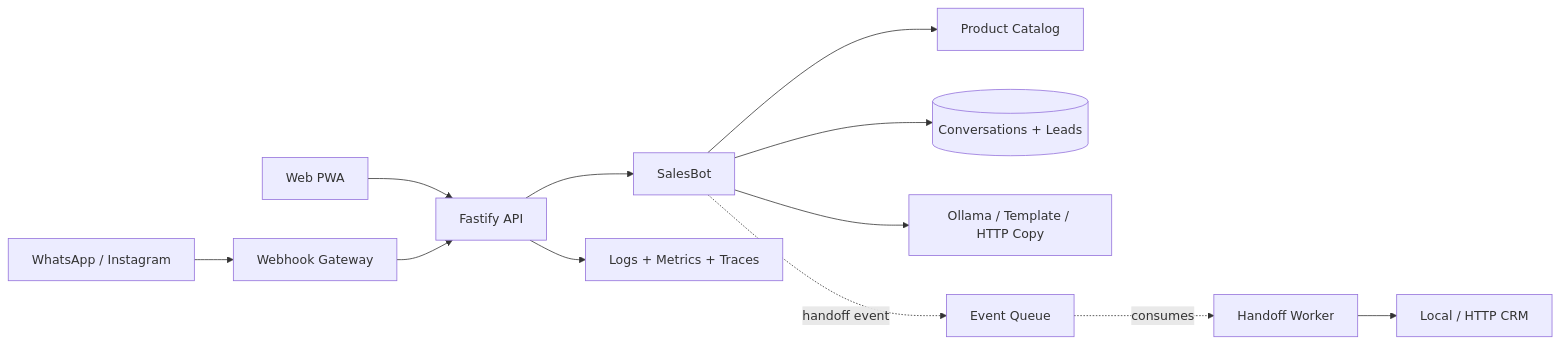
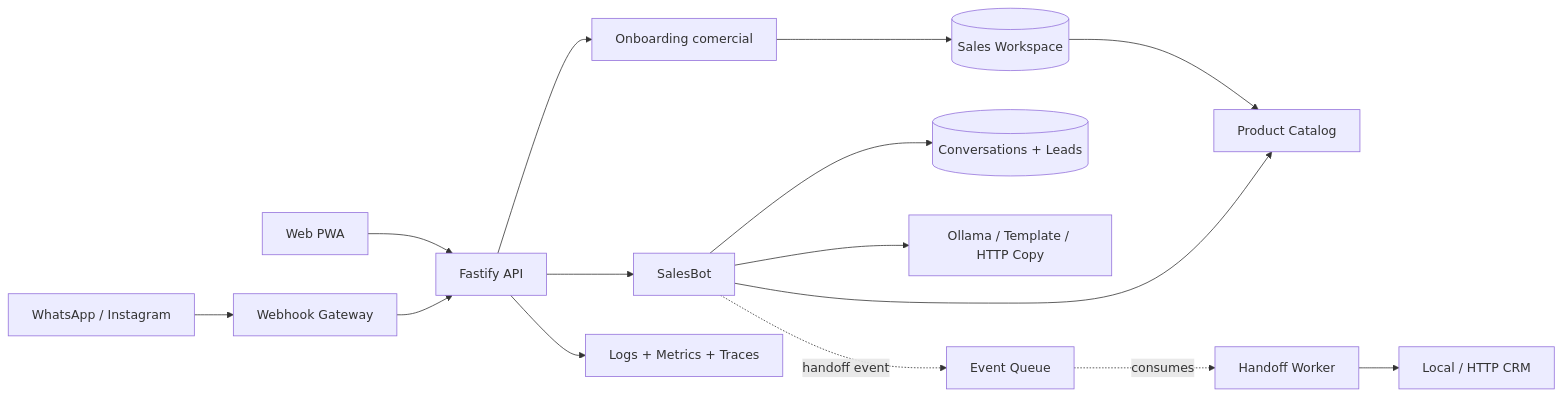
One commit to stpedr/crispy-engine-chatbot changed the diagram in README.md. Above: the diagram before and after it, drawn with Mermaid. The commit also changed other lines of this file and 20 other files, not shown here.

Commit message:
Add sales acquisition onboarding flow

````diff
--- a/README.md
+++ b/README.md
@@ -17,14 +17,17 @@
 ```mermaid
 flowchart LR
   Web[Web PWA] --> API[Fastify API]
   Channels[WhatsApp / Instagram] --> Gateway[Webhook Gateway]
   Gateway --> API
+  API --> Setup[Onboarding comercial]
+  Setup --> Workspace[(Sales Workspace)]
+  Workspace --> Catalog
   API --> Bot[SalesBot]
   Bot --> Catalog[Product Catalog]
   Bot --> Store[(Conversations + Leads)]
   Bot --> Copy[Ollama / Template / HTTP Copy]
   Bot -. handoff event .-> Queue[Event Queue]
   Queue -. consumes .-> Worker[Handoff Worker]
   Worker --> CRM[Local / HTTP CRM]
   API --> Observability[Logs + Metrics + Traces]
 ```
````
